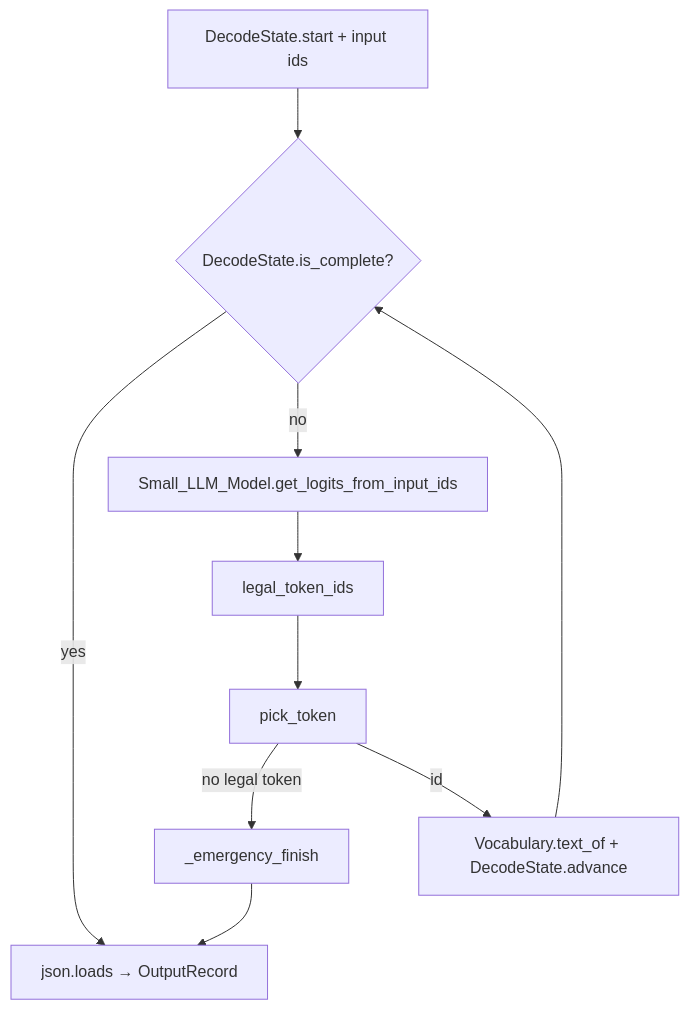
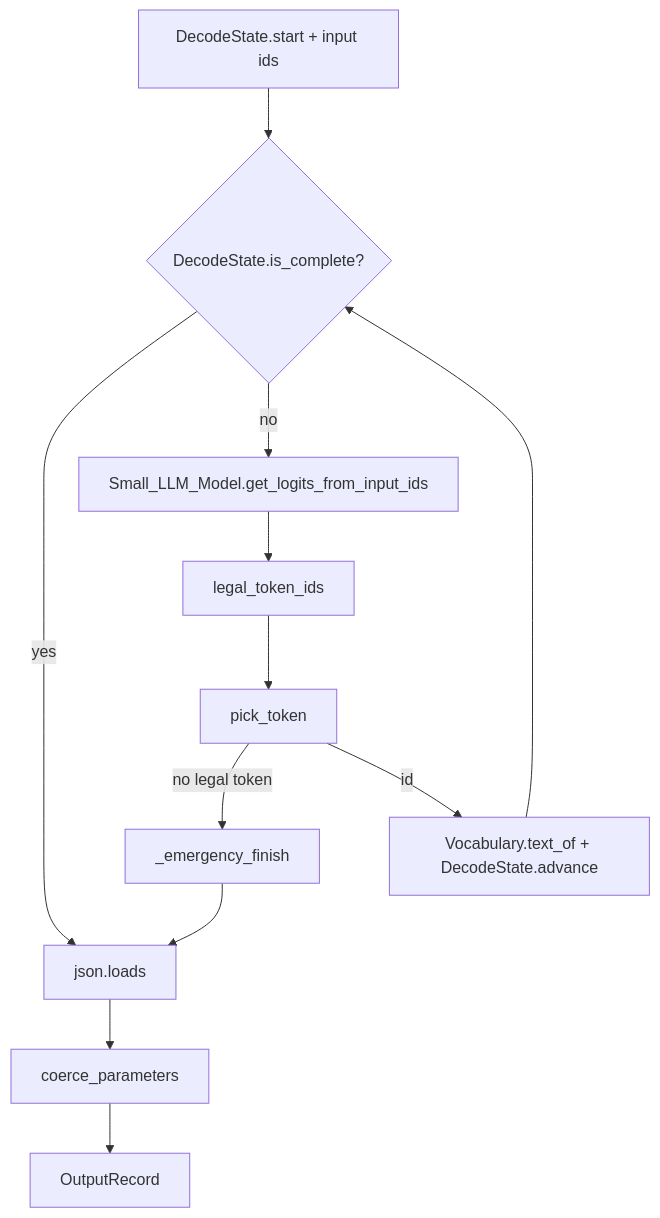
One commit to fathe4wiin/Call-Me-Maybe changed the sixth of 11 diagrams in workflow.md. Above: the diagram before and after it, drawn with Mermaid. The commit also changed other lines of this file and 4 other files, not shown here.

````diff
--- a/workflow.md
+++ b/workflow.md
@@ -167,12 +173,14 @@
 ```mermaid
 flowchart TD
     S["DecodeState.start + input ids"] --> Q{"DecodeState.is_complete?"}
-    Q -->|yes| OUT["json.loads → OutputRecord"]
+    Q -->|yes| PARSE["json.loads"]
     Q -->|no| L["Small_LLM_Model.get_logits_from_input_ids"]
     L --> K["legal_token_ids"]
     K --> P["pick_token"]
     P -->|no legal token| E["_emergency_finish"]
     P -->|id| A["Vocabulary.text_of + DecodeState.advance"]
     A --> Q
-    E --> OUT
+    E --> PARSE
+    PARSE --> COERCE["coerce_parameters"]
+    COERCE --> OUT["OutputRecord"]
 ```
````
